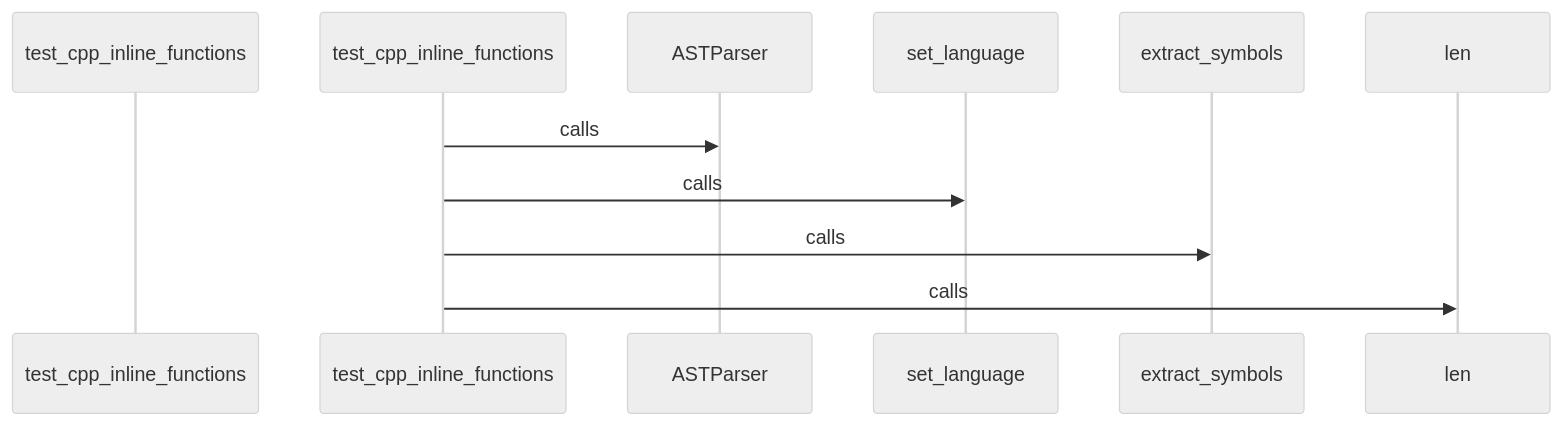
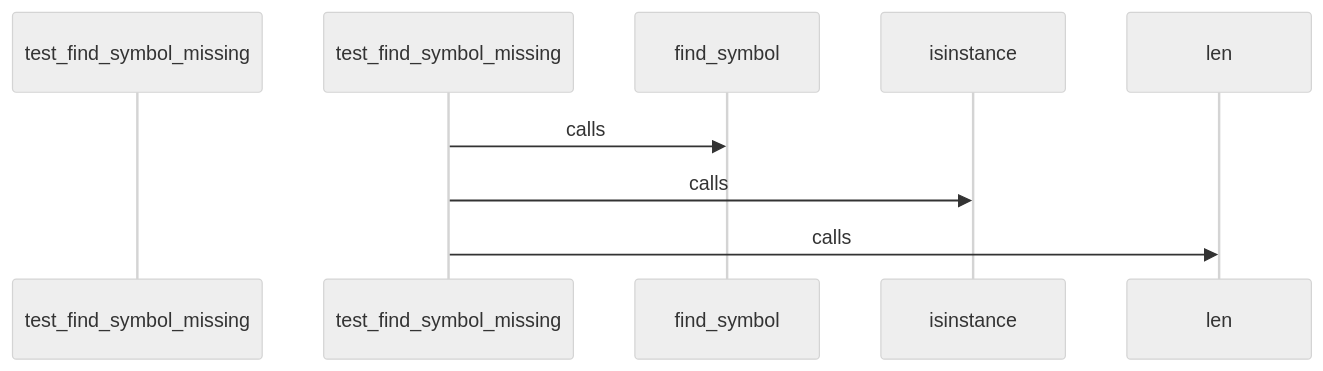
One commit to hazalkoom/DECODEx01 changed diagram 22 of 26 in docs/CALL_FLOW.md. Above: the diagram before and after it, drawn with Mermaid (neutral theme). The commit also changed other lines of this file and 15 other files, not shown here.

Commit message:
feat: NLG phases 2-4 - API scanner, few-shot schema, and story generator

````diff
--- a/docs/CALL_FLOW.md
+++ b/docs/CALL_FLOW.md
@@ -869,21 +843,17 @@
 ```mermaid
 sequenceDiagram
-    participant Start as test_cpp_inline_functions
+    participant Start as test_find_symbol_missing
 
 
-    test_cpp_inline_functions->>ASTParser: calls
+    test_find_symbol_missing->>find_symbol: calls
 
 
 
-    test_cpp_inline_functions->>set_language: calls
+    test_find_symbol_missing->>isinstance: calls
 
 
 
-    test_cpp_inline_functions->>extract_symbols: calls
-
-
-
-    test_cpp_inline_functions->>len: calls
+    test_find_symbol_missing->>len: calls
 
 
 ```
````
